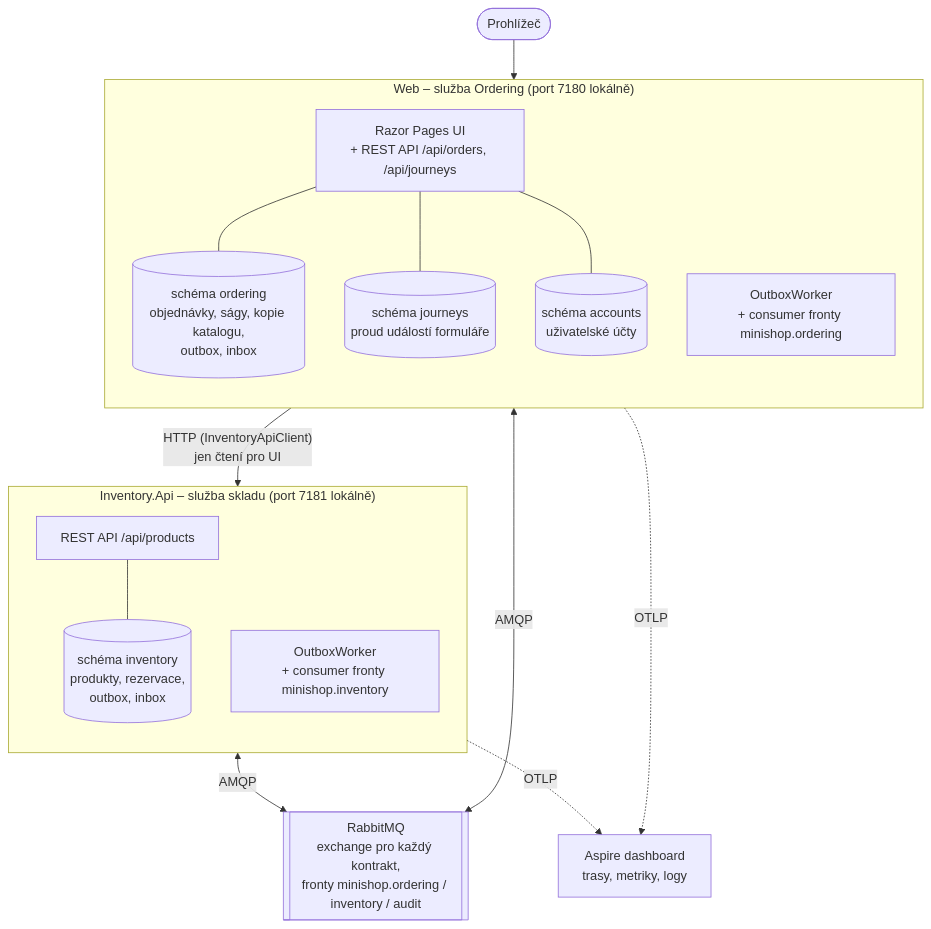
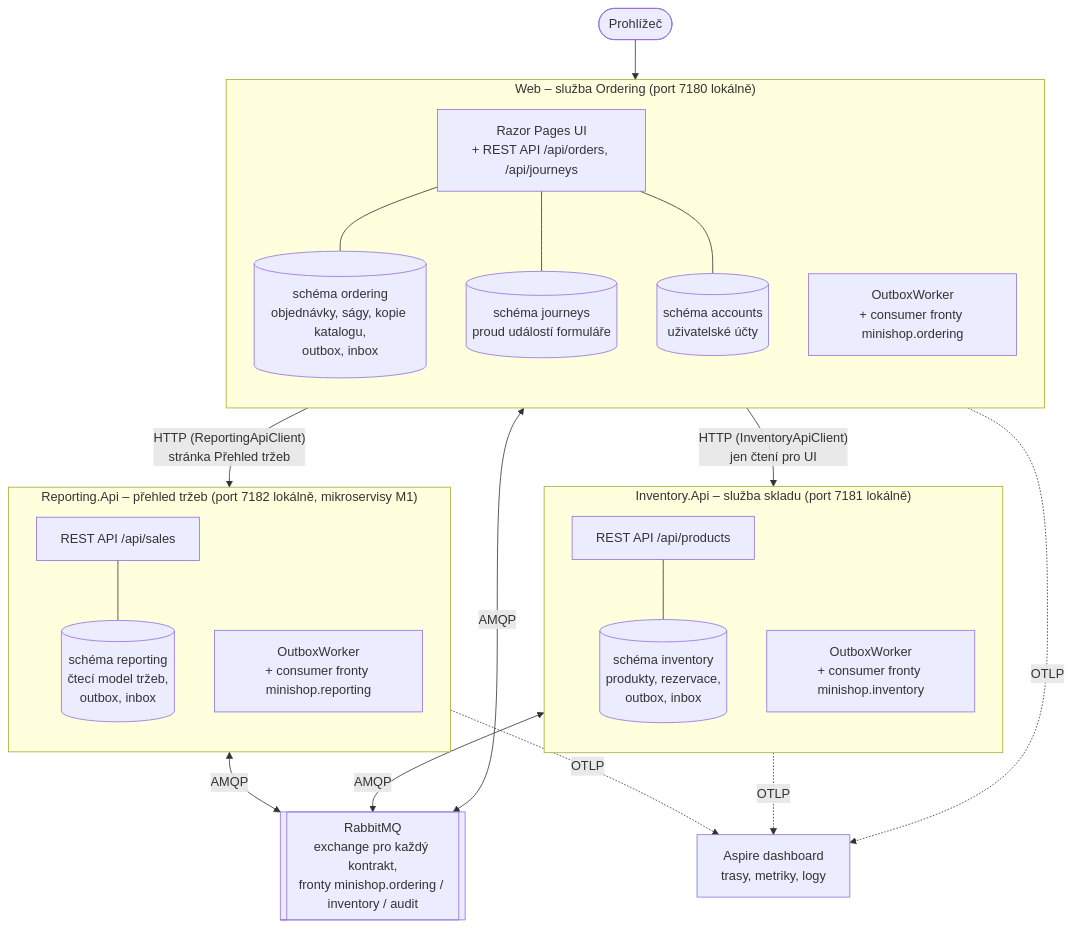
One commit to ftichy/MiniShop changed the diagram in docs/prirucka/architektura/kontejnery.md. Above: the diagram before and after it, drawn with Mermaid. The commit also changed other lines of this file and 56 other files, not shown here.

First line of the commit message:
MIKROSERVISY M1: přehled tržeb jako samostatná služba

````diff
--- a/docs/prirucka/architektura/kontejnery.md
+++ b/docs/prirucka/architektura/kontejnery.md
@@ -12,43 +12,55 @@
 ```mermaid
 flowchart TB
     browser(["Prohlížeč"])
 
     subgraph webSvc["Web – služba Ordering (port 7180 lokálně)"]
         direction TB
         ui["Razor Pages UI<br/>+ REST API /api/orders, /api/journeys"]
         ow1["OutboxWorker<br/>+ consumer fronty minishop.ordering"]
         odb[("schéma ordering<br/>objednávky, ságy, kopie katalogu,<br/>outbox, inbox")]
         jdb[("schéma journeys<br/>proud událostí formuláře")]
         udb[("schéma accounts<br/>uživatelské účty")]
     end
 
     subgraph invSvc["Inventory.Api – služba skladu (port 7181 lokálně)"]
         direction TB
         api["REST API /api/products"]
         ow2["OutboxWorker<br/>+ consumer fronty minishop.inventory"]
         idb[("schéma inventory<br/>produkty, rezervace,<br/>outbox, inbox")]
     end
 
+    subgraph repSvc["Reporting.Api – přehled tržeb (port 7182 lokálně, mikroservisy M1)"]
+        direction TB
+        rapi["REST API /api/sales"]
+        ow3["OutboxWorker<br/>+ consumer fronty minishop.reporting"]
+        rdb[("schéma reporting<br/>čtecí model tržeb,<br/>outbox, inbox")]
+    end
+
     mq[["RabbitMQ<br/>exchange pro každý kontrakt,<br/>fronty minishop.ordering / inventory / audit"]]
     dash["Aspire dashboard<br/>trasy, metriky, logy"]
 
     browser --> ui
     ui -->|"HTTP (InventoryApiClient)<br/>jen čtení pro UI"| api
+    ui -->|"HTTP (ReportingApiClient)<br/>stránka Přehled tržeb"| rapi
+    ow3 <-->|AMQP| mq
+    rapi --- rdb
+    repSvc -.->|OTLP| dash
     ow1 <-->|AMQP| mq
     ow2 <-->|AMQP| mq
     ui --- odb
     ui --- jdb
     ui --- udb
     api --- idb
     webSvc -.->|OTLP| dash
     invSvc -.->|OTLP| dash
 
     click ui "/Docs/architektura/moduly/ordering"
     click api "/Docs/architektura/moduly/inventory"
+    click rapi "/Docs/architektura/moduly/reporting"
     click mq "/Docs/eda/broker"
     click ow1 "/Docs/eda/outbox"
     click ow2 "/Docs/eda/outbox"
     click jdb "/Docs/architektura/moduly/journeys"
     click udb "/Docs/architektura/moduly/accounts"
     click dash "/Docs/eda/observabilita"
 ```
````
